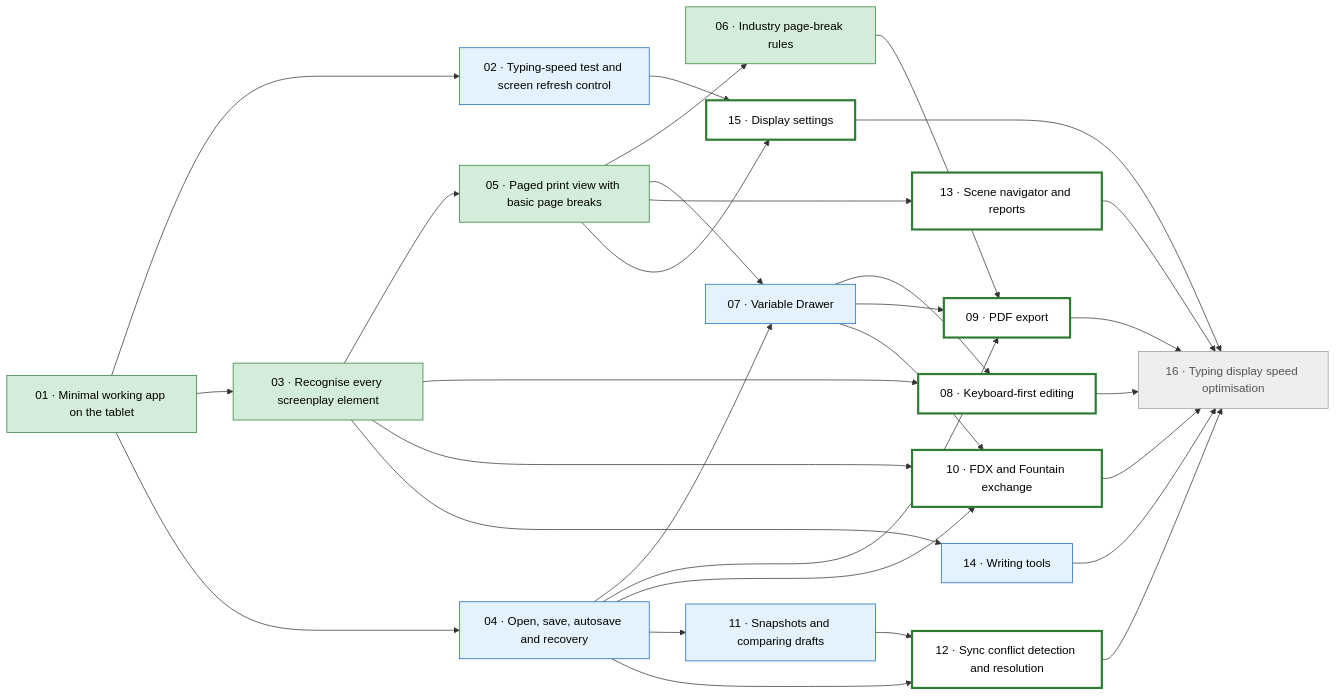
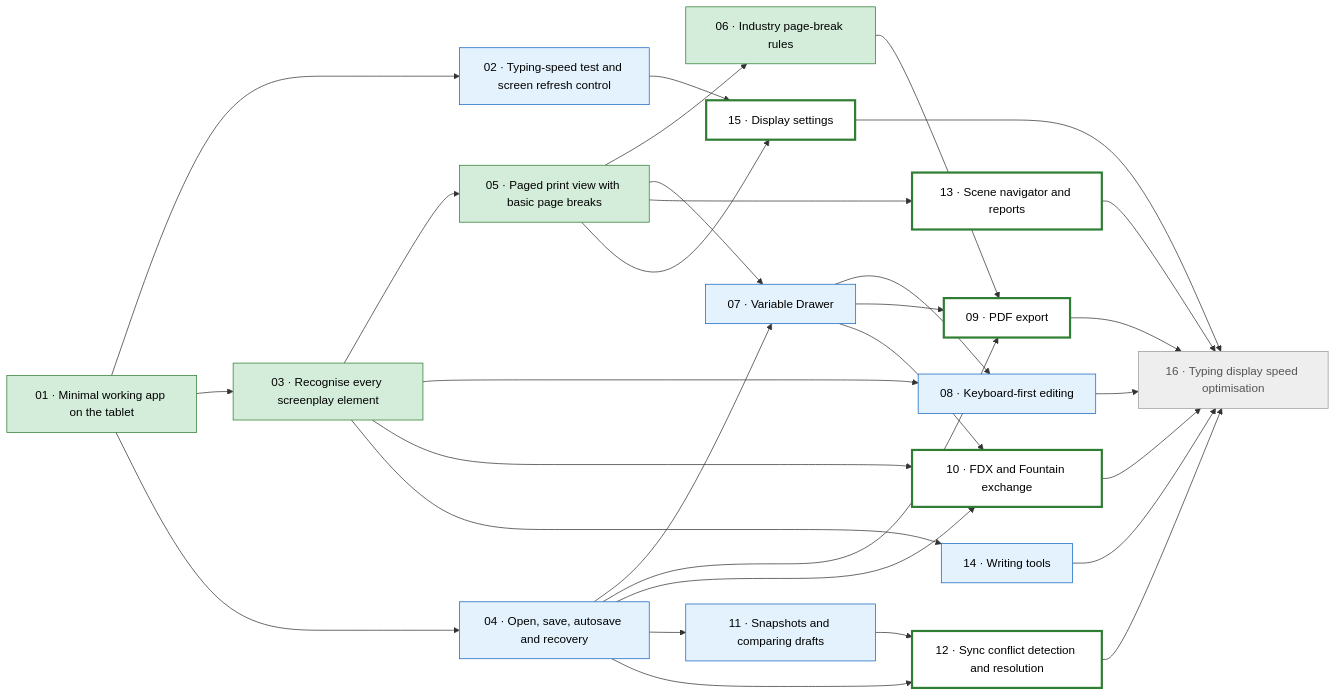
The diagram in PLAN.md (mikebgio/eink-screenplay-writer), drawn with Mermaid before and after one commit. The commit also changed other lines of this file and 20 other files, not shown here.

First line of the commit message:
08: Keyboard-first editing (#25)

````diff
--- a/PLAN.md
+++ b/PLAN.md
@@ -45,53 +45,53 @@
 ```mermaid
 flowchart LR
   T01["01 · Minimal working app on the tablet"]:::done
   T02["02 · Typing-speed test and screen refresh control"]:::needsdevice
   T03["03 · Recognise every screenplay element"]:::done
   T04["04 · Open, save, autosave and recovery"]:::needsdevice
   T05["05 · Paged print view with basic page breaks"]:::done
   T06["06 · Industry page-break rules"]:::done
   T07["07 · Variable Drawer"]:::needsdevice
-  T08["08 · Keyboard-first editing"]:::ready
+  T08["08 · Keyboard-first editing"]:::needsdevice
   T09["09 · PDF export"]:::ready
   T10["10 · FDX and Fountain exchange"]:::ready
   T11["11 · Snapshots and comparing drafts"]:::needsdevice
   T12["12 · Sync conflict detection and resolution"]:::ready
   T13["13 · Scene navigator and reports"]:::ready
   T14["14 · Writing tools"]:::needsdevice
   T15["15 · Display settings"]:::ready
   T16["16 · Typing display speed optimisation"]:::blocked
   T01 --> T02
   T01 --> T03
   T01 --> T04
   T03 --> T05
   T05 --> T06
   T04 --> T07
   T05 --> T07
   T03 --> T08
   T07 --> T08
   T04 --> T09
   T06 --> T09
   T07 --> T09
   T03 --> T10
   T04 --> T10
   T07 --> T10
   T04 --> T11
   T04 --> T12
   T11 --> T12
   T05 --> T13
   T03 --> T14
   T02 --> T15
   T05 --> T15
   T08 --> T16
   T09 --> T16
   T10 --> T16
   T12 --> T16
   T13 --> T16
   T14 --> T16
   T15 --> T16
   classDef done fill:#d4edda,stroke:#2e7d32,color:#000
   classDef needsdevice fill:#e3f2fd,stroke:#1565c0,color:#000
   classDef inprogress fill:#fff3cd,stroke:#b8860b,color:#000
   classDef ready fill:#ffffff,stroke:#2e7d32,stroke-width:3px,color:#000
   classDef blocked fill:#eeeeee,stroke:#999,color:#555
 ```
````
